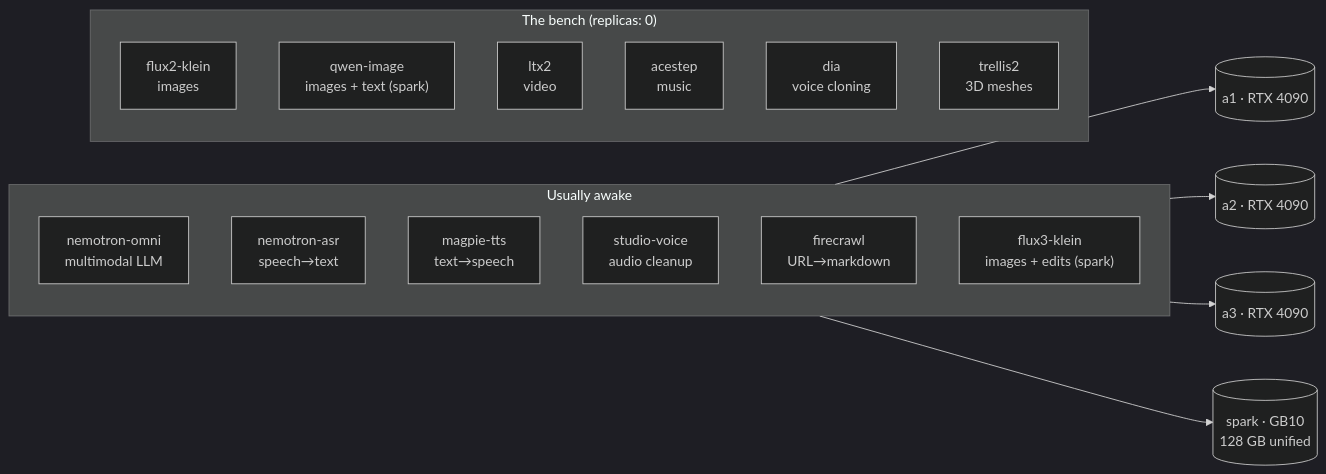
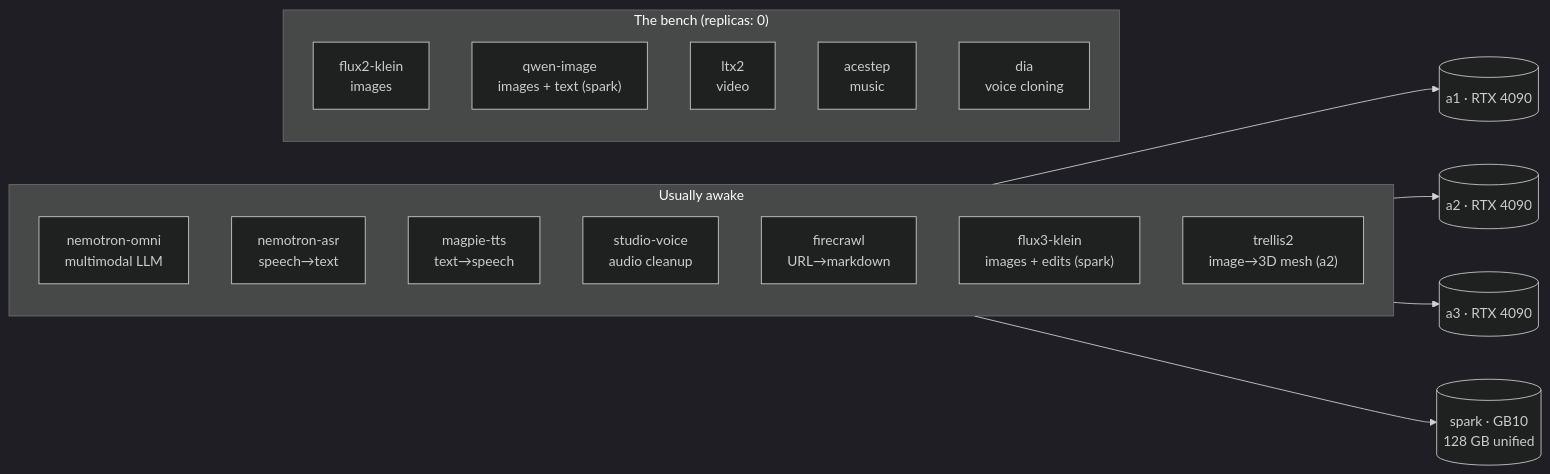
Before and after one commit to briancaffey/home-lab: the diagram in docs-site/docs/ai/inference-fleet.md, drawn with Mermaid (dark theme). The commit also changed other lines of this file and 8 other files, not shown here.

````diff
--- a/docs-site/docs/ai/inference-fleet.md
+++ b/docs-site/docs/ai/inference-fleet.md
@@ -18,24 +18,24 @@
 ```mermaid
 flowchart LR
     subgraph active["Usually awake"]
         omni["nemotron-omni<br/>multimodal LLM"]
         asr["nemotron-asr<br/>speech→text"]
         magpie["magpie-tts<br/>text→speech"]
         sv["studio-voice<br/>audio cleanup"]
         fc["firecrawl<br/>URL→markdown"]
         klein["flux3-klein<br/>images + edits (spark)"]
+        trellis["trellis2<br/>image→3D mesh (a2)"]
     end
     subgraph parked["The bench (replicas: 0)"]
         flux["flux2-klein<br/>images"]
         qwen["qwen-image<br/>images + text (spark)"]
         ltx["ltx2<br/>video"]
         ace["acestep<br/>music"]
         dia["dia<br/>voice cloning"]
-        trellis["trellis2<br/>3D meshes"]
     end
     gpu1[("a1 · RTX 4090")]
     gpu2[("a2 · RTX 4090")]
     gpu3[("a3 · RTX 4090")]
     spark[("spark · GB10<br/>128 GB unified")]
     active --> gpu1 & gpu2 & gpu3 & spark
 ```
````
